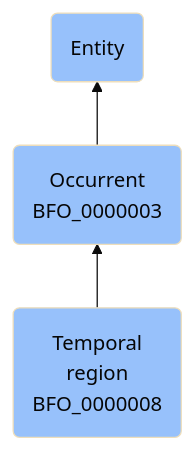
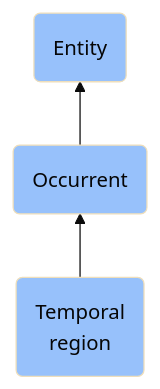
The diagram in docs/ontology/reference/model/Entity/Occurrent/Temporal region/Temporal region.md (jupyter-naas/abi), drawn with Mermaid (base theme) before and after one commit. The commit also changed other lines of this file and 1430 other files, not shown here.

````diff
--- a/docs/ontology/reference/model/Entity/Occurrent/Temporal region/Temporal region.md
+++ b/docs/ontology/reference/model/Entity/Occurrent/Temporal region/Temporal region.md
@@ -24,10 +24,10 @@
 ```mermaid
 graph BT
-    BFO_0000008(Temporal<br>region<br>BFO_0000008):::BFO-->BFO_0000003
-    BFO_0000003(Occurrent<br>BFO_0000003):::BFO-->BFO_0000001
+    BFO_0000008(Temporal<br>region):::BFO-->BFO_0000003
+    BFO_0000003(Occurrent):::BFO-->BFO_0000001
     BFO_0000001(Entity):::BFO
     
     classDef BFO fill:#97c1fb,color:#060606
     classDef CCO fill:#e4c51e,color:#060606
     classDef ABI fill:#48DD82,color:#060606
 ```
````
